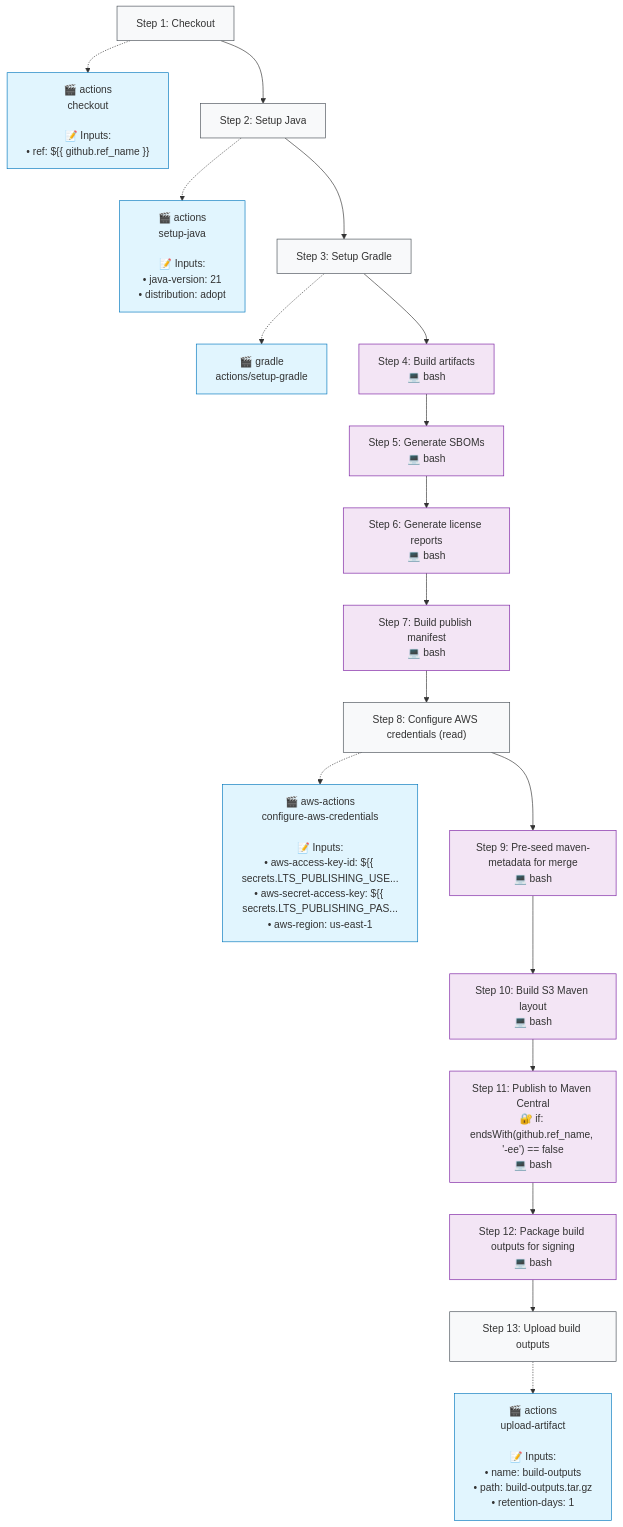
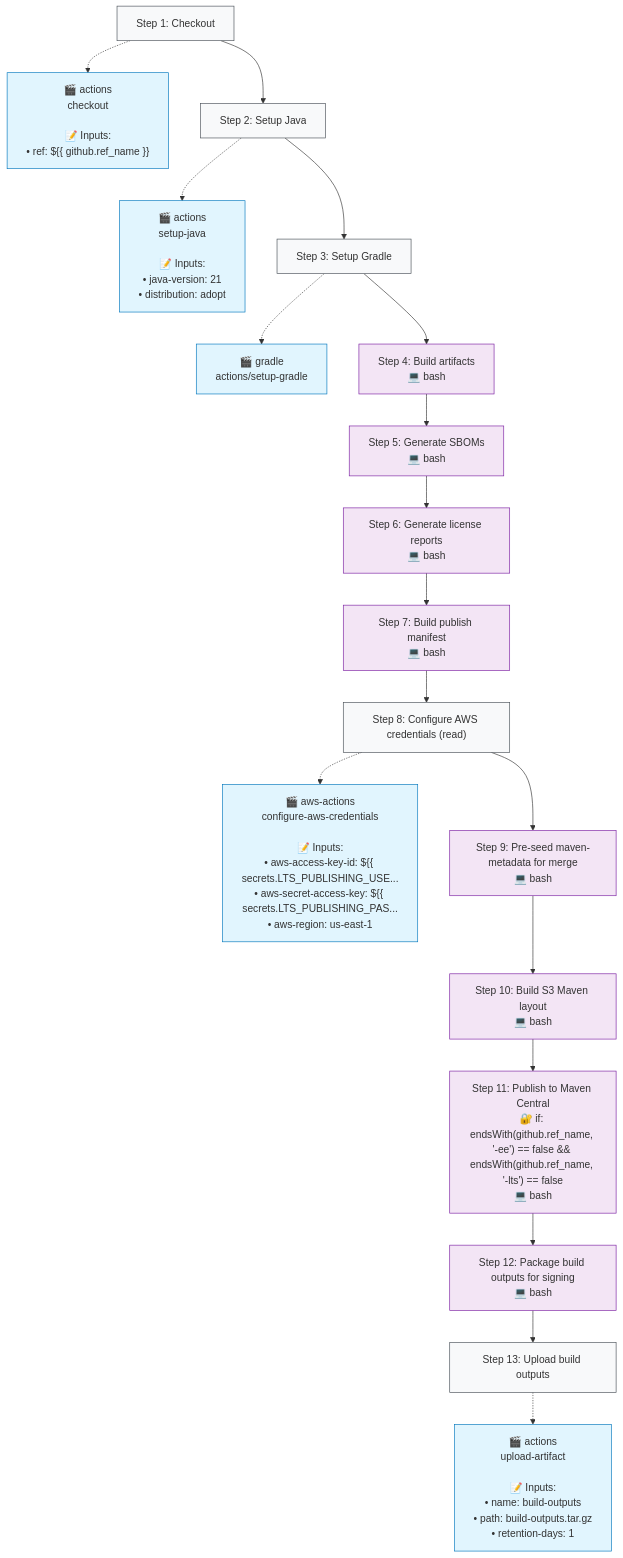
The second of 3 diagrams in .github/typeflows/publish-artifacts/README.md (http4k/http4k), drawn with Mermaid before and after one commit. The commit also changed 4 other files, not shown here.

````diff
--- a/.github/typeflows/publish-artifacts/README.md
+++ b/.github/typeflows/publish-artifacts/README.md
@@ -24,57 +24,57 @@
 ```mermaid
 %%{init: {"flowchart": {"curve": "basis"}}}%%
 flowchart TD
     step1["Step 1: Checkout"]
     style step1 fill:#f8f9fa,stroke:#495057
     action1["🎬 actions<br/>checkout<br/><br/>📝 Inputs:<br/>• ref: ${{ github.ref_name }}"]
     style action1 fill:#e1f5fe,stroke:#0277bd
     step1 -.-> action1
     step2["Step 2: Setup Java"]
     style step2 fill:#f8f9fa,stroke:#495057
     action2["🎬 actions<br/>setup-java<br/><br/>📝 Inputs:<br/>• java-version: 21<br/>• distribution: adopt"]
     style action2 fill:#e1f5fe,stroke:#0277bd
     step2 -.-> action2
     step1 --> step2
     step3["Step 3: Setup Gradle"]
     style step3 fill:#f8f9fa,stroke:#495057
     action3["🎬 gradle<br/>actions/setup-gradle"]
     style action3 fill:#e1f5fe,stroke:#0277bd
     step3 -.-> action3
     step2 --> step3
     step4["Step 4: Build artifacts<br/>💻 bash"]
     style step4 fill:#f3e5f5,stroke:#7b1fa2
     step3 --> step4
     step5["Step 5: Generate SBOMs<br/>💻 bash"]
     style step5 fill:#f3e5f5,stroke:#7b1fa2
     step4 --> step5
     step6["Step 6: Generate license reports<br/>💻 bash"]
     style step6 fill:#f3e5f5,stroke:#7b1fa2
     step5 --> step6
     step7["Step 7: Build publish manifest<br/>💻 bash"]
     style step7 fill:#f3e5f5,stroke:#7b1fa2
     step6 --> step7
     step8["Step 8: Configure AWS credentials (read)"]
     style step8 fill:#f8f9fa,stroke:#495057
     action8["🎬 aws-actions<br/>configure-aws-credentials<br/><br/>📝 Inputs:<br/>• aws-access-key-id: ${{ secrets.LTS_PUBLISHING_USE...<br/>• aws-secret-access-key: ${{ secrets.LTS_PUBLISHING_PAS...<br/>• aws-region: us-east-1"]
     style action8 fill:#e1f5fe,stroke:#0277bd
     step8 -.-> action8
     step7 --> step8
     step9["Step 9: Pre-seed maven-metadata for merge<br/>💻 bash"]
     style step9 fill:#f3e5f5,stroke:#7b1fa2
     step8 --> step9
     step10["Step 10: Build S3 Maven layout<br/>💻 bash"]
     style step10 fill:#f3e5f5,stroke:#7b1fa2
     step9 --> step10
-    step11["Step 11: Publish to Maven Central<br/>🔐 if: endsWith(github.ref_name, '-ee') == false<br/>💻 bash"]
+    step11["Step 11: Publish to Maven Central<br/>🔐 if: endsWith(github.ref_name, '-ee') == false && endsWith(github.ref_name, '-lts') == false<br/>💻 bash"]
     style step11 fill:#f3e5f5,stroke:#7b1fa2
     step10 --> step11
     step12["Step 12: Package build outputs for signing<br/>💻 bash"]
     style step12 fill:#f3e5f5,stroke:#7b1fa2
     step11 --> step12
     step13["Step 13: Upload build outputs"]
     style step13 fill:#f8f9fa,stroke:#495057
     action13["🎬 actions<br/>upload-artifact<br/><br/>📝 Inputs:<br/>• name: build-outputs<br/>• path: build-outputs.tar.gz<br/>• retention-days: 1"]
     style action13 fill:#e1f5fe,stroke:#0277bd
     step13 -.-> action13
     step12 --> step13
 ```
````
